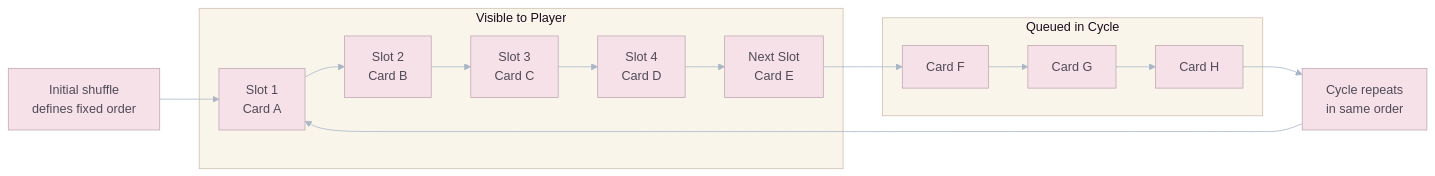
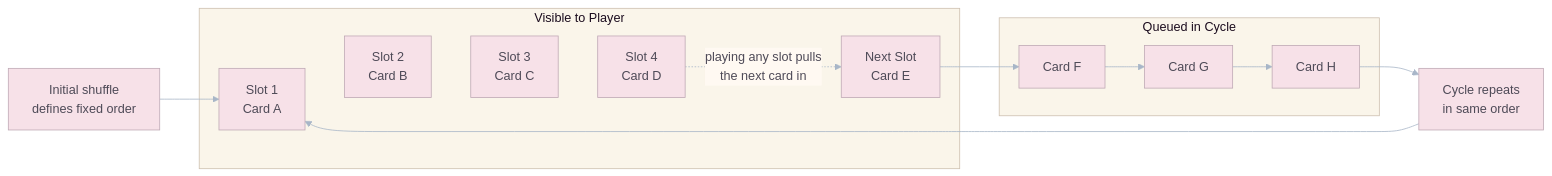
The second of 3 diagrams in .docs/GDD/01_Mechanics_and_Core_Gameplay.md (unknown-studios-code/goo-galaxy), drawn with Mermaid before and after one commit. The commit also changed other lines of this file and 54 other files, not shown here.

````diff
--- a/.docs/GDD/01_Mechanics_and_Core_Gameplay.md
+++ b/.docs/GDD/01_Mechanics_and_Core_Gameplay.md
@@ -249,13 +281,15 @@
 ```mermaid
 %%{init: {"theme":"base","themeVariables":{"primaryColor":"#F7E1E8","secondaryColor":"#DCEBF7","tertiaryColor":"#E4F3E1","primaryBorderColor":"#BFA9B5","lineColor":"#A8B6C8","primaryTextColor":"#4E4A57","clusterBkg":"#FAF5EA","clusterBorder":"#CDBFAF","edgeLabelBackground":"#FFF9F2","noteBkgColor":"#F7F1FA","noteTextColor":"#4E4A57","taskBkgColor":"#DCEBF7","taskTextColor":"#4E4A57","taskTextOutsideColor":"#4E4A57","sectionBkgColor":"#E4F3E1","sectionBorderColor":"#BCD0B9","gridColor":"#E8DDD3","todayLineColor":"#C7A7B5","actorBkg":"#F7E1E8","actorBorder":"#BFA9B5","actorTextColor":"#4E4A57","signalColor":"#A8B6C8","signalTextColor":"#4E4A57","labelBoxBkgColor":"#FFF9F2","labelBoxBorderColor":"#CDBFAF","labelTextColor":"#4E4A57"}}}%%
 flowchart LR
     START["Initial shuffle<br/>defines fixed order"] --> H1
+    H4 -.->|"playing any slot pulls<br/>the next card in"| NEXT
     subgraph "Visible to Player"
-        H1["Slot 1<br/>Card A"] --> H2["Slot 2<br/>Card B"] --> H3["Slot 3<br/>Card C"] --> H4["Slot 4<br/>Card D"] --> NEXT["Next Slot<br/>Card E"]
+        H1["Slot 1<br/>Card A"] ~~~ H2["Slot 2<br/>Card B"] ~~~ H3["Slot 3<br/>Card C"] ~~~ H4["Slot 4<br/>Card D"]
+        NEXT["Next Slot<br/>Card E"]
     end
     subgraph "Queued in Cycle"
         NEXT --> R1["Card F"] --> R2["Card G"] --> R3["Card H"]
     end
     R3 --> REPEAT["Cycle repeats<br/>in same order"]
     REPEAT --> H1
 ```
````
